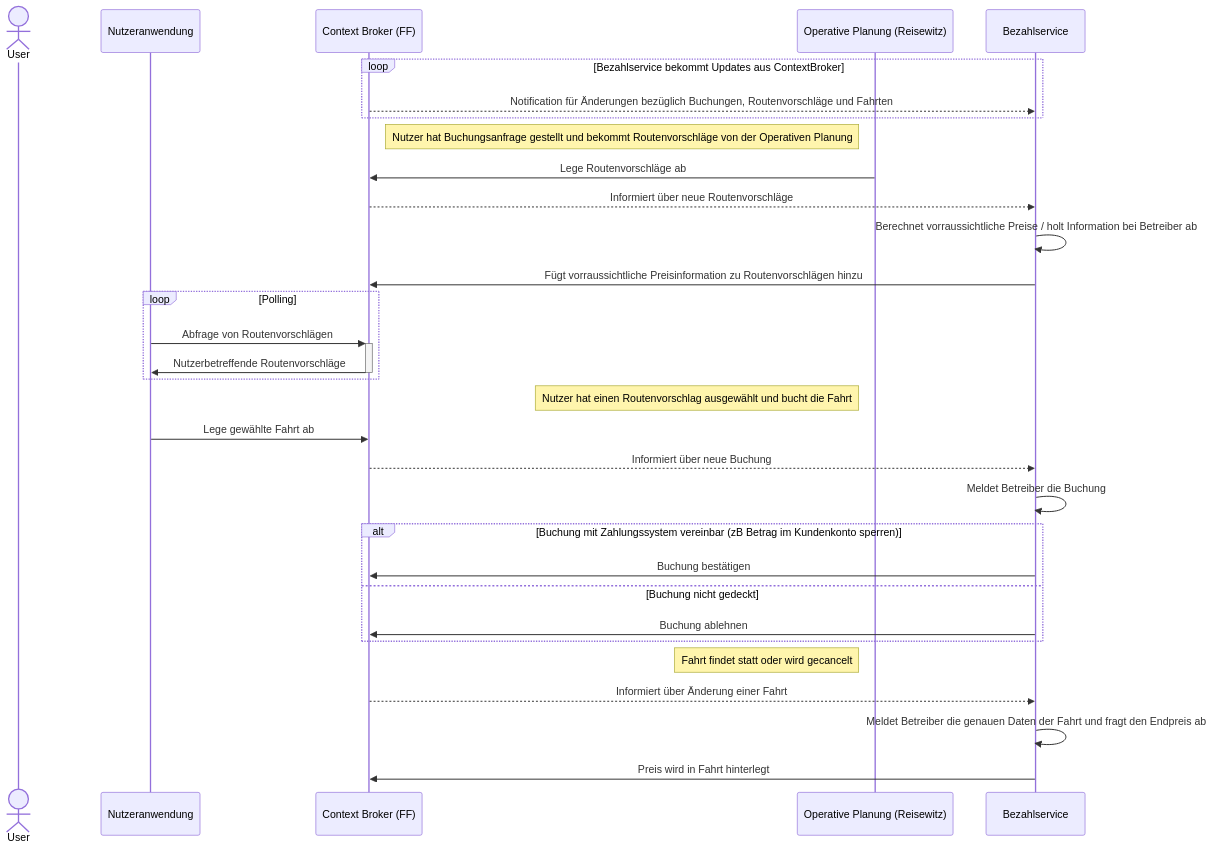
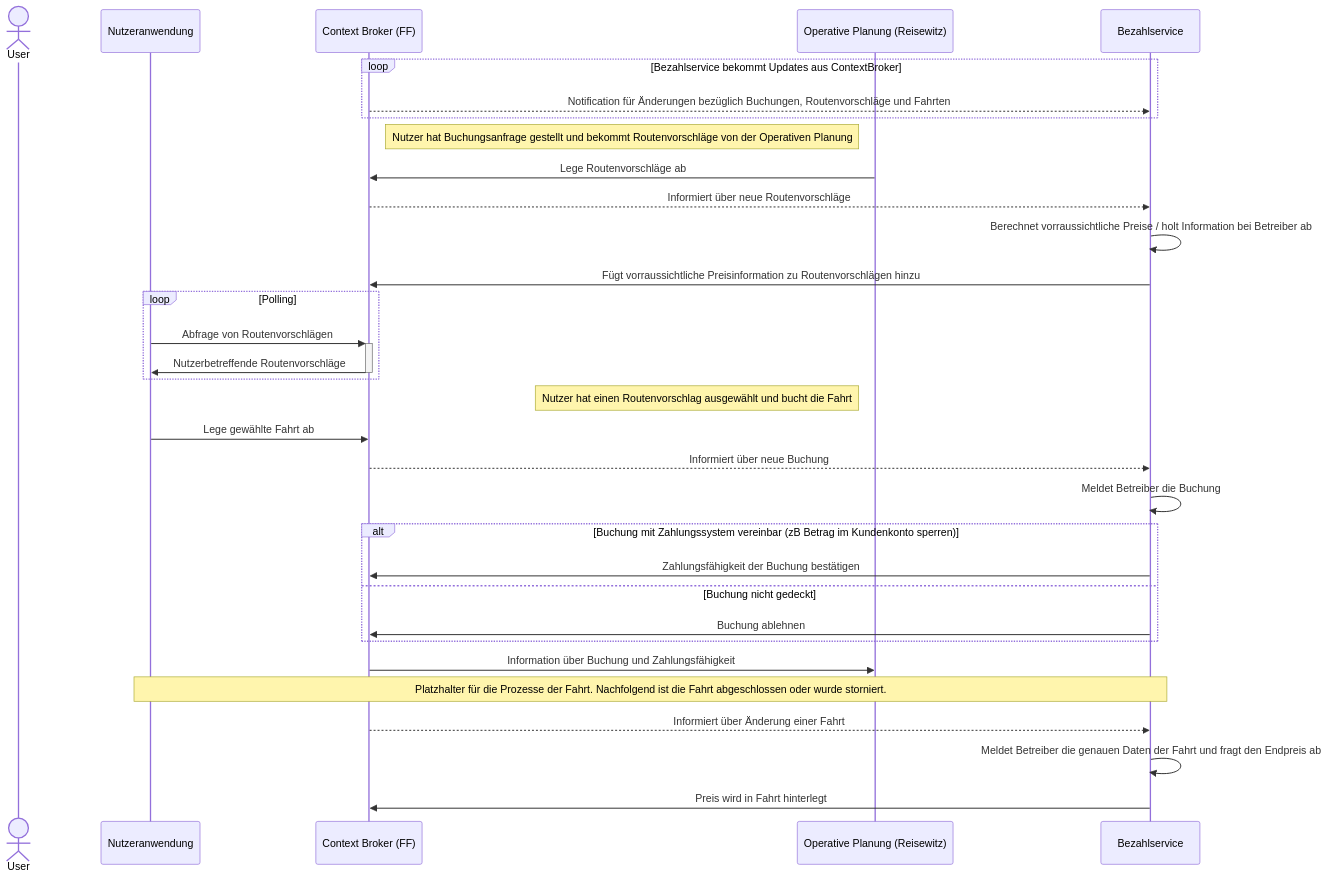
The third of 3 diagrams in README.md (NeMo-bil/documentation), drawn with Mermaid before and after one commit.

Commit message:
PR remarks

````diff
--- a/README.md
+++ b/README.md
@@ -140,43 +140,46 @@
 ```mermaid
 sequenceDiagram
 %% auskommentieren wenn wir Details zur Kommunikation aufschreiben
 %% autonumber
 %% Benutzer definieren
 actor User
 %% technische Teilnehmer/Componenten definieren
 participant App as Nutzeranwendung
 participant CB as Context Broker (FF)
 participant RW as Operative Planung (Reisewitz)
 participant BS as Bezahlservice
 
 loop Bezahlservice bekommt Updates aus ContextBroker
 CB-->>BS: Notification für Änderungen bezüglich Buchungen, Routenvorschläge und Fahrten
 end
 Note left of RW: Nutzer hat Buchungsanfrage gestellt und bekommt Routenvorschläge von der Operativen Planung
 RW->>CB: Lege Routenvorschläge ab
 CB-->>BS: Informiert über neue Routenvorschläge
 BS->>BS: Berechnet vorraussichtliche Preise / holt Information bei Betreiber ab
 BS->>CB: Fügt vorraussichtliche Preisinformation zu Routenvorschlägen hinzu 
 
 loop Polling
 App->>+CB: Abfrage von Routenvorschlägen
 CB->>-App: Nutzerbetreffende Routenvorschläge
 end
 
 Note left of RW: Nutzer hat einen Routenvorschlag ausgewählt und bucht die Fahrt
 App->>CB: Lege gewählte Fahrt ab
 CB-->>BS: Informiert über neue Buchung
 BS->>BS: Meldet Betreiber die Buchung
 alt Buchung mit Zahlungssystem vereinbar (zB Betrag im Kundenkonto sperren)
-    BS->>CB:  Buchung bestätigen
+    BS->>CB:  Zahlungsfähigkeit der Buchung bestätigen
 else Buchung nicht gedeckt
     BS->>CB:  Buchung ablehnen
 end
 
-Note left of RW: Fahrt findet statt oder wird gecancelt
+CB->>RW: Information über Buchung und Zahlungsfähigkeit
+
+Note over App,BS: Platzhalter für die Prozesse der Fahrt. Nachfolgend ist die Fahrt abgeschlossen oder wurde storniert.  
+
 CB-->>BS: Informiert über Änderung einer Fahrt
 BS->>BS: Meldet Betreiber die genauen Daten der Fahrt und fragt den Endpreis ab
 BS->>CB: Preis wird in Fahrt hinterlegt
 
 
 ```
````
